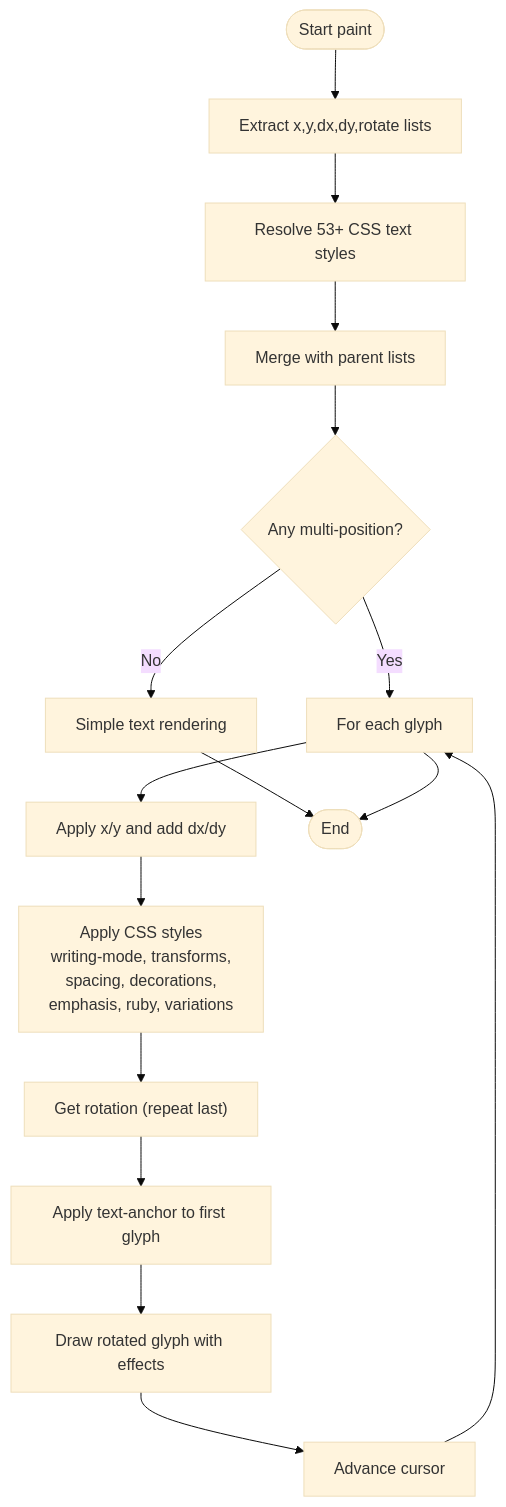
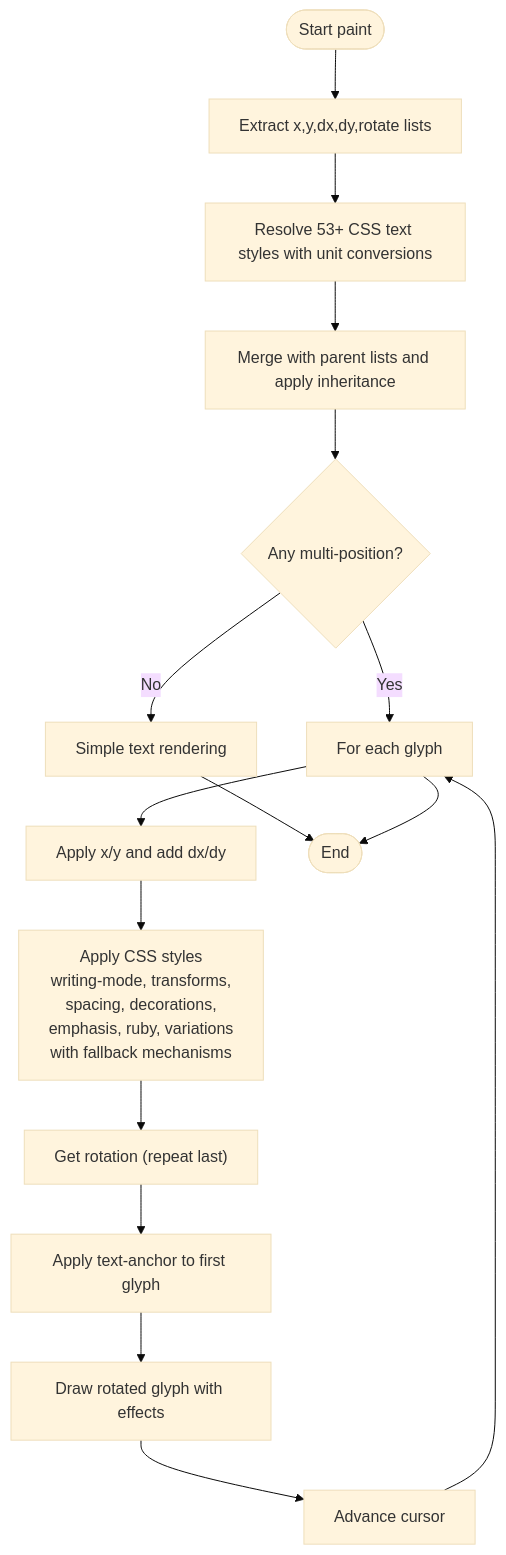
Before and after one commit to denisnadey/flutter_full_svg_support: the fourth of 5 diagrams in .qoder/repowiki/en/content/Animated SVG Support/Text Positioning Attributes.md, drawn with Mermaid (base theme). The commit also changed other lines of this file and 30 other files, not shown here.

````diff
--- a/.qoder/repowiki/en/content/Animated SVG Support/Text Positioning Attributes.md
+++ b/.qoder/repowiki/en/content/Animated SVG Support/Text Positioning Attributes.md
@@ -291,18 +300,18 @@
 ```mermaid
 flowchart TD
 Start(["Start paint"]) --> Extract["Extract x,y,dx,dy,rotate lists"]
-Extract --> CSS["Resolve 53+ CSS text styles"]
-CSS --> Merge["Merge with parent lists"]
+Extract --> CSS["Resolve 53+ CSS text styles with unit conversions"]
+CSS --> Merge["Merge with parent lists and apply inheritance"]
 Merge --> HasMulti{"Any multi-position?"}
 HasMulti --> |No| Simple["Simple text rendering"]
 HasMulti --> |Yes| Loop["For each glyph"]
 Loop --> ApplyPos["Apply x/y and add dx/dy"]
-ApplyPos --> CSSApply["Apply CSS styles<br/>writing-mode, transforms,<br/>spacing, decorations,<br/>emphasis, ruby, variations"]
+ApplyPos --> CSSApply["Apply CSS styles<br/>writing-mode, transforms,<br/>spacing, decorations,<br/>emphasis, ruby, variations<br/>with fallback mechanisms"]
 CSSApply --> Rotate["Get rotation (repeat last)"]
 Rotate --> Anchor["Apply text-anchor to first glyph"]
 Anchor --> Draw["Draw rotated glyph with effects"]
 Draw --> Next["Advance cursor"]
 Next --> Loop
 Simple --> End(["End"])
 Loop --> End
 ```
````
